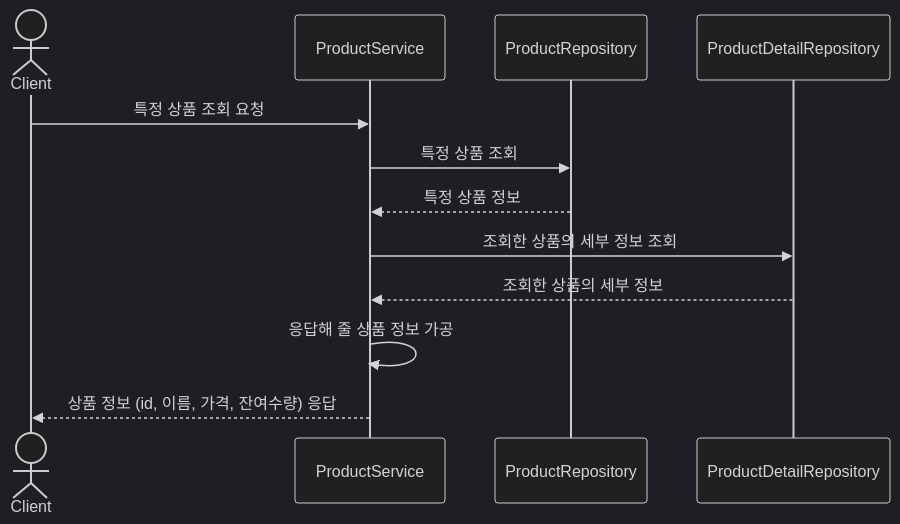
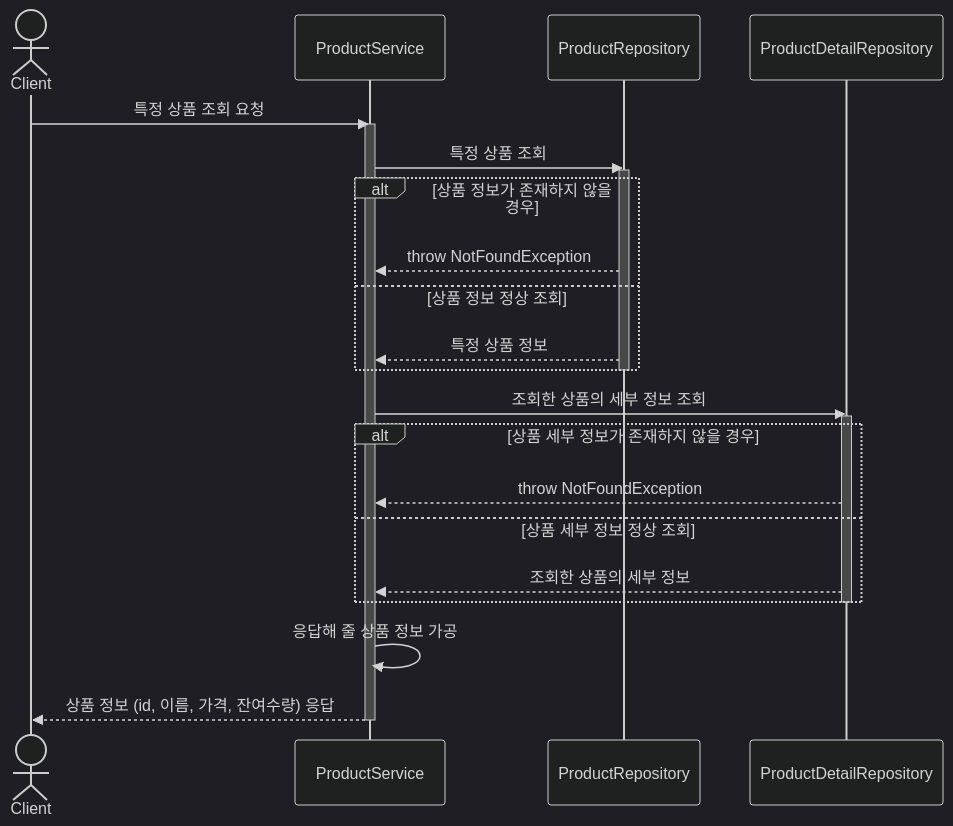
One commit to lgm1007/hhplus_ecommerce changed the fourth of 10 diagrams in docs/SEQUENCE_DIAGRAM.md. Above: the diagram before and after it, drawn with Mermaid (dark theme). The commit also changed other lines of this file, not shown here.

Commit message:
docs: 시퀀스 다이어그램 내용 수정

````diff
--- a/docs/SEQUENCE_DIAGRAM.md
+++ b/docs/SEQUENCE_DIAGRAM.md
@@ -73,15 +95,29 @@
 ```mermaid
 sequenceDiagram
     actor Client
     participant ProductService
     participant ProductRepository
     participant ProductDetailRepository
 
     Client ->> ProductService: 특정 상품 조회 요청
+    activate ProductService
     ProductService ->> ProductRepository: 특정 상품 조회
-    ProductRepository -->> ProductService: 특정 상품 정보
+    activate ProductRepository
+    alt 상품 정보가 존재하지 않을 경우
+        ProductRepository -->> ProductService: throw NotFoundException
+    else 상품 정보 정상 조회
+        ProductRepository -->> ProductService: 특정 상품 정보
+    end
+    deactivate ProductRepository
     ProductService ->> ProductDetailRepository: 조회한 상품의 세부 정보 조회
-    ProductDetailRepository -->> ProductService: 조회한 상품의 세부 정보
+    activate ProductDetailRepository
+    alt 상품 세부 정보가 존재하지 않을 경우
+        ProductDetailRepository -->> ProductService: throw NotFoundException
+    else 상품 세부 정보 정상 조회
+        ProductDetailRepository -->> ProductService: 조회한 상품의 세부 정보
+    end
+    deactivate ProductDetailRepository
     ProductService ->> ProductService: 응답해 줄 상품 정보 가공
     ProductService -->> Client: 상품 정보 (id, 이름, 가격, 잔여수량) 응답
+    deactivate ProductService
 ```
````
